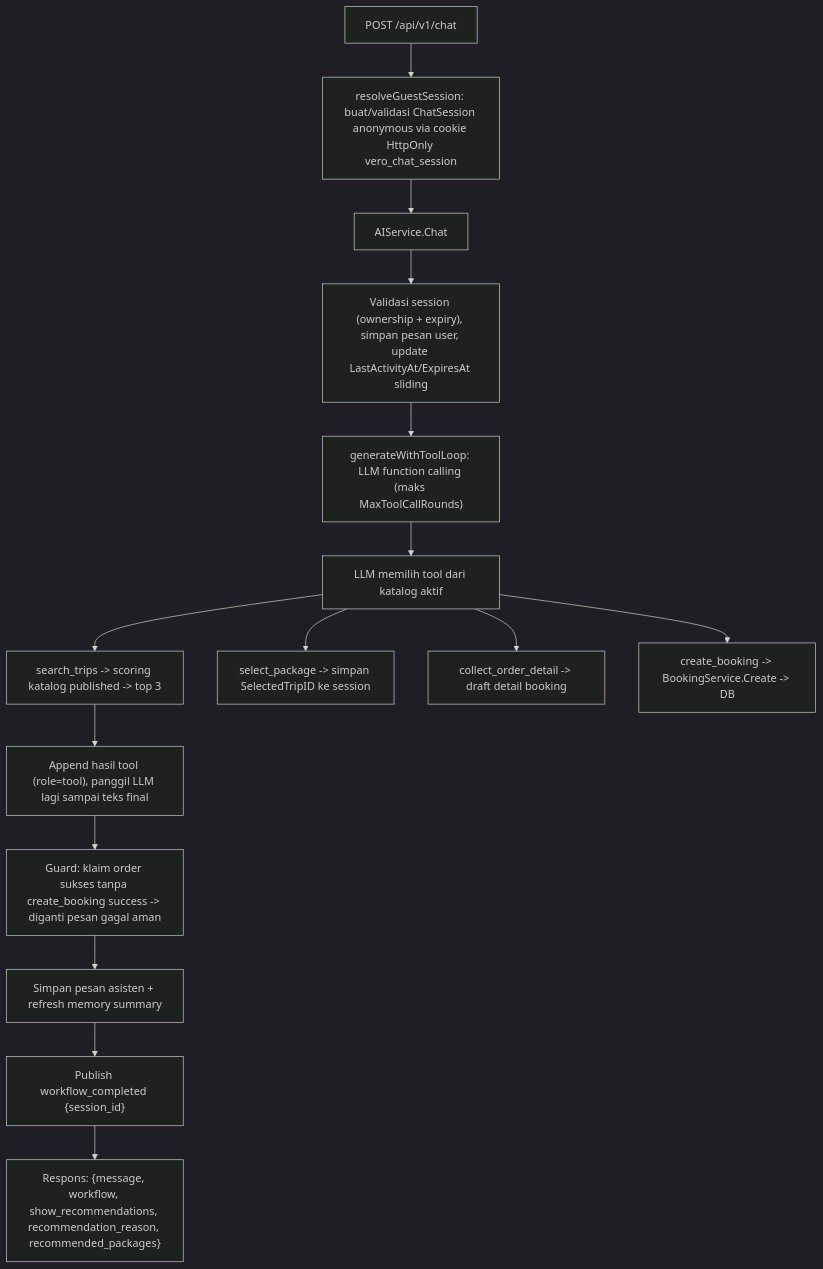
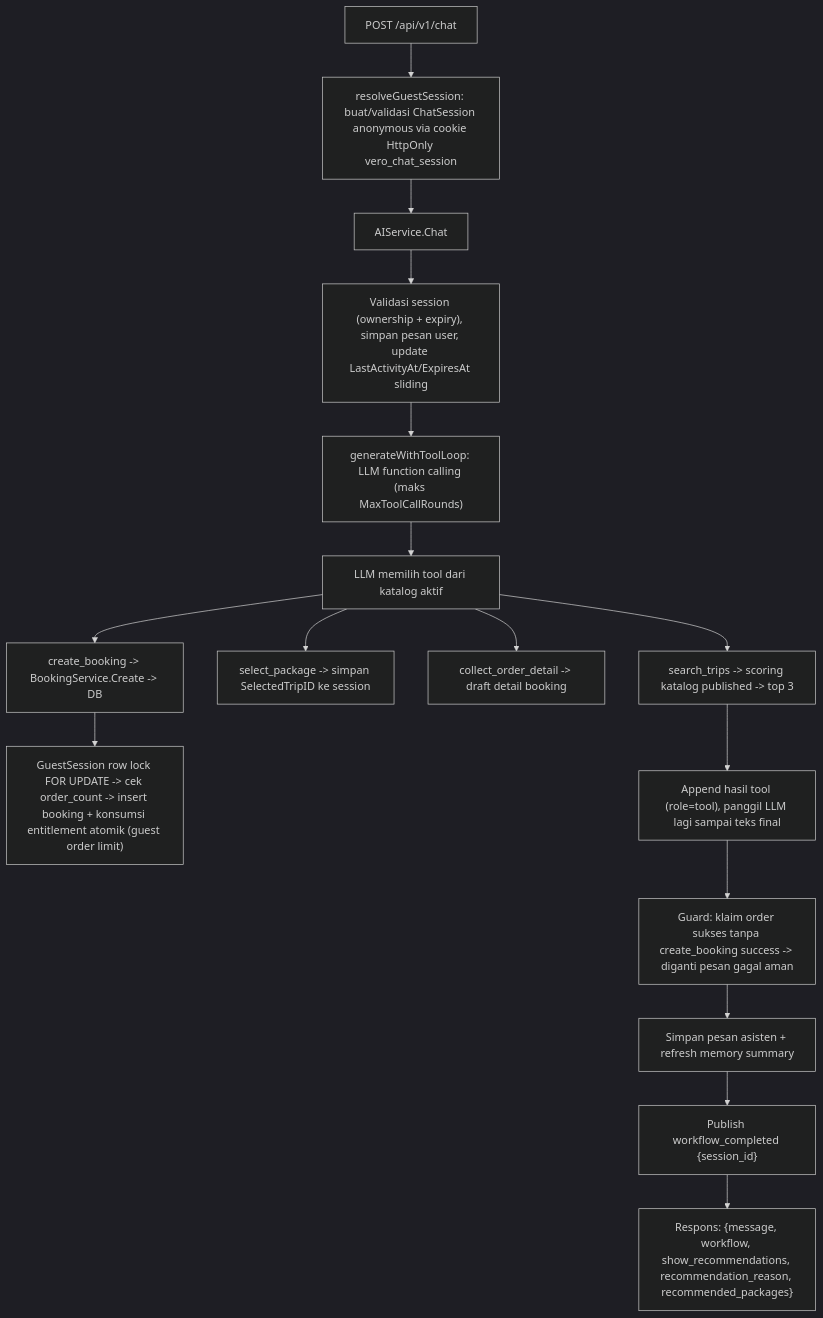
The second of 3 diagrams in docs/ai/architecture.md (Rozzi21/OpenClaw2026_BitFecta_VeroAiAgents), drawn with Mermaid (dark theme) before and after one commit. The commit also changed other lines of this file and 36 other files, not shown here.

First line of the commit message:
Implement guest order limit feature with associated API changes, frontend login and registration pages, and shared AuthForm component

````diff
--- a/docs/ai/architecture.md
+++ b/docs/ai/architecture.md
@@ -70,17 +70,18 @@
 ```mermaid
 flowchart TD
   A["POST /api/v1/chat"] --> B["resolveGuestSession: buat/validasi ChatSession anonymous via cookie HttpOnly vero_chat_session"]
   B --> C["AIService.Chat"]
   C --> D["Validasi session (ownership + expiry), simpan pesan user, update LastActivityAt/ExpiresAt sliding"]
   D --> E["generateWithToolLoop: LLM function calling (maks MaxToolCallRounds)"]
   E --> E1["LLM memilih tool dari katalog aktif"]
   E1 --> E2["search_trips -> scoring katalog published -> top 3"]
   E1 --> E3["select_package -> simpan SelectedTripID ke session"]
   E1 --> E4["collect_order_detail -> draft detail booking"]
   E1 --> E5["create_booking -> BookingService.Create -> DB"]
+   E5 --> E5a["GuestSession row lock FOR UPDATE -> cek order_count -> insert booking + konsumsi entitlement atomik (guest order limit)"]
   E2 --> F["Append hasil tool (role=tool), panggil LLM lagi sampai teks final"]
   F --> G["Guard: klaim order sukses tanpa create_booking success -> diganti pesan gagal aman"]
   G --> H["Simpan pesan asisten + refresh memory summary"]
   H --> I["Publish workflow_completed {session_id}"]
   I --> J["Respons: {message, workflow, show_recommendations, recommendation_reason, recommended_packages}"]
 ```
````
